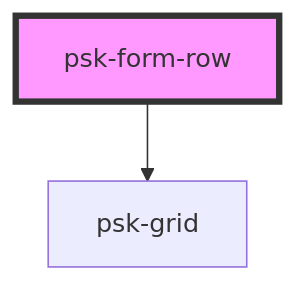
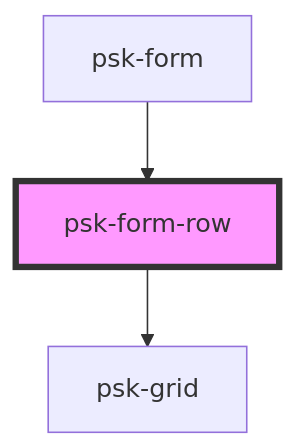
The diagram in src/components/form-components/psk-form-row/readme.md (daniel-visoiu/cardinal), drawn with Mermaid before and after one commit. The commit also changed other lines of this file and 6 other files, not shown here.

````diff
--- a/src/components/form-components/psk-form-row/readme.md
+++ b/src/components/form-components/psk-form-row/readme.md
@@ -15,5 +19,6 @@
 ```mermaid
 graph TD;
   psk-form-row --> psk-grid
+  psk-form --> psk-form-row
   style psk-form-row fill:#f9f,stroke:#333,stroke-width:4px
 ```
````
